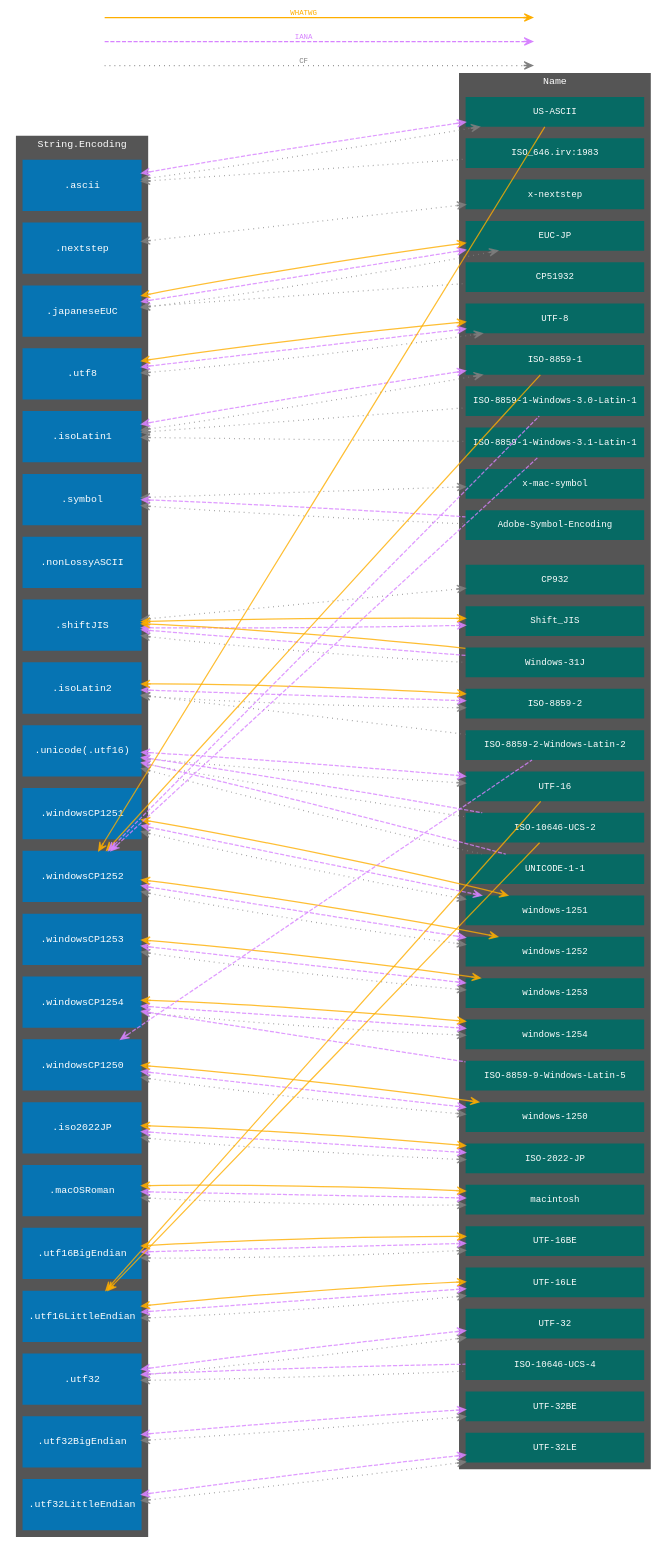
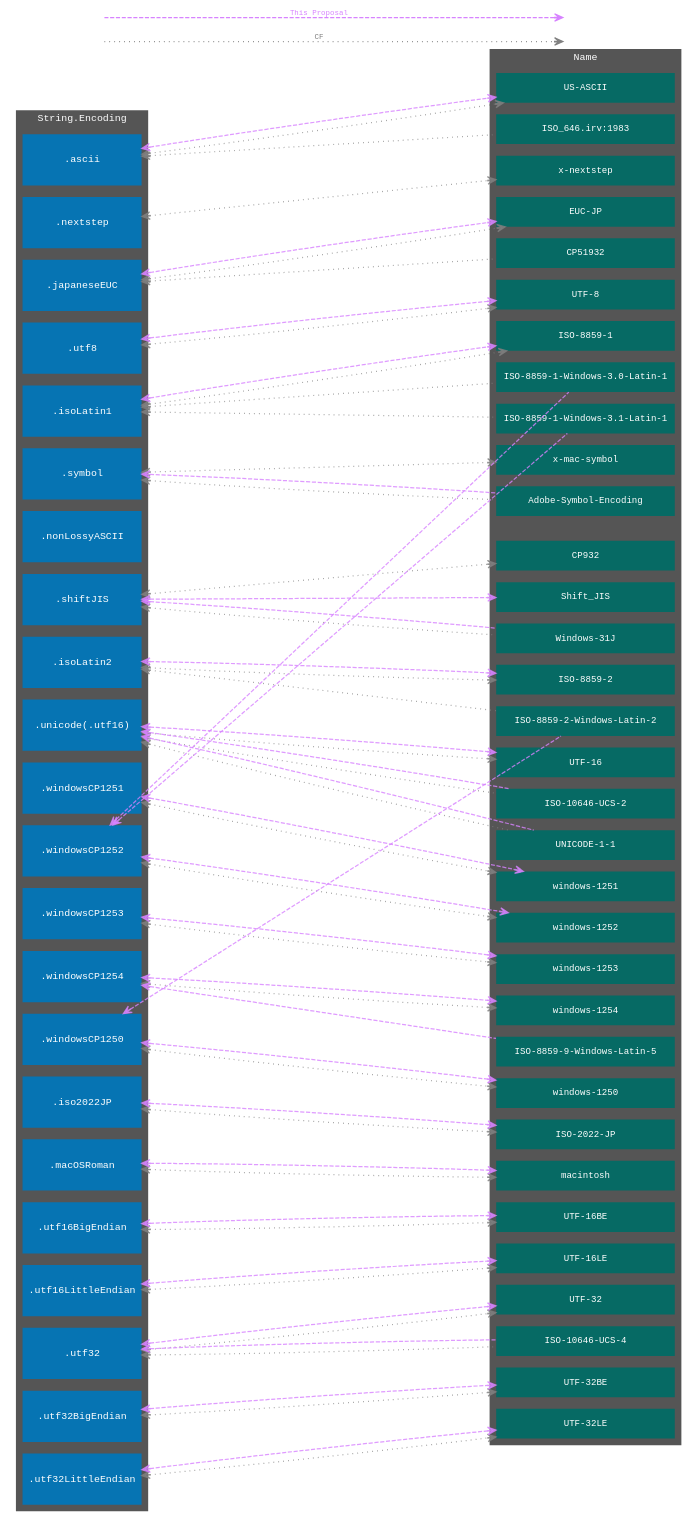
One commit to YOCKOW/SF-StringEncodingNameImpl changed the diagram in proposal/NNNN-String-Encoding-Names_Mapping.gv. Above: the diagram before and after it, drawn with Graphviz. The commit also changed 2 other files, not shown here.

Commit message:
Revise the proposal and the graph.

```diff
--- a/proposal/NNNN-String-Encoding-Names_Mapping.gv
+++ b/proposal/NNNN-String-Encoding-Names_Mapping.gv
@@ -126,14 +126,7 @@
       style=dashed
       color="#D783FF"
       fontcolor="#D783FF"
-      label=IANA
-      dir=forward
-    ]
-    "legendWHATWG-start" -- "legendWHATWG-end" [ 
-      style=solid
-      color="#FEAE00"
-      fontcolor="#FEAE00"
-      label=WHATWG
+      label="This Proposal"
       dir=forward
     ]
   }
@@ -214,31 +207,4 @@
   ".utf32" -- "ISO-10646-UCS-4" [dir=back]
   ".utf32BigEndian" -- "UTF-32BE" [dir=both]
   ".utf32LittleEndian" -- "UTF-32LE" [dir=both]
-
-  // WHATWG
-  edge [
-    style=solid
-    color="#FEAE00CC"
-    fontcolor="#FEAE00"
-    label=""
-    constraint=false
-  ]
-  ".japaneseEUC" -- "EUC-JP" [dir=both]
-  ".utf8" -- "UTF-8" [dir=both]
-  ".shiftJIS" -- "Shift_JIS" [dir=both]
-  ".shiftJIS" -- "Windows-31J" [dir=back]
-  ".isoLatin2" -- "ISO-8859-2" [dir=both]
-  ".windowsCP1251" -- "windows-1251" [dir=both]
-  ".windowsCP1252" -- "US-ASCII" [dir=back]
-  ".windowsCP1252" -- "ISO-8859-1" [dir=back]
-  ".windowsCP1252" -- "windows-1252" [dir=both]
-  ".windowsCP1253" -- "windows-1253" [dir=both]
-  ".windowsCP1254" -- "windows-1254" [dir=both]
-  ".windowsCP1250" -- "windows-1250" [dir=both]
-  ".iso2022JP" -- "ISO-2022-JP" [dir=both]
-  ".macOSRoman" -- "macintosh" [dir=both]
-  ".utf16BigEndian" -- "UTF-16BE" [dir=both]
-  ".utf16LittleEndian" -- "UTF-16LE" [dir=both]
-  ".utf16LittleEndian" -- "UTF-16" [dir=back]
-  ".utf16LittleEndian" -- "ISO-10646-UCS-2" [dir=back]
 }
```
